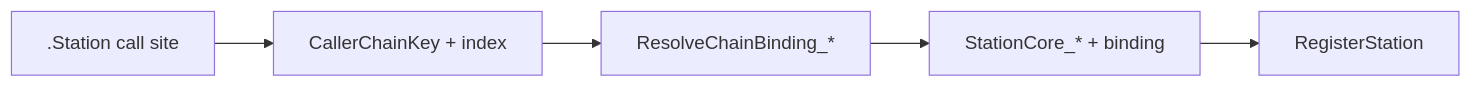
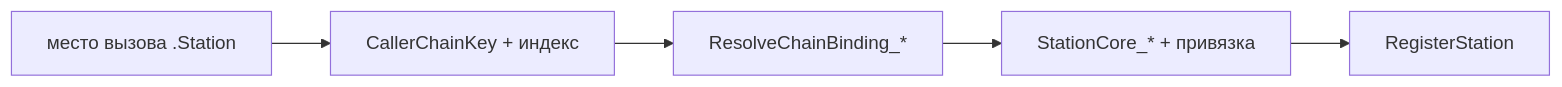
One commit to moragfullrest-cmyk/TrainOP changed the fourth of 5 diagrams in docs/textbook.md. Above: the diagram before and after it, drawn with Mermaid. The commit also changed other lines of this file, not shown here.

````diff
--- a/docs/textbook.md
+++ b/docs/textbook.md
@@ -910,7 +910,7 @@
 ```mermaid
 flowchart LR
-  Call[".Station call site"] --> Key["CallerChainKey + index"]
+  Call["место вызова .Station"] --> Key["CallerChainKey + индекс"]
   Key --> Resolve["ResolveChainBinding_*"]
-  Resolve --> Core["StationCore_* + binding"]
+  Resolve --> Core["StationCore_* + привязка"]
   Core --> Reg["RegisterStation"]
 ```
````
